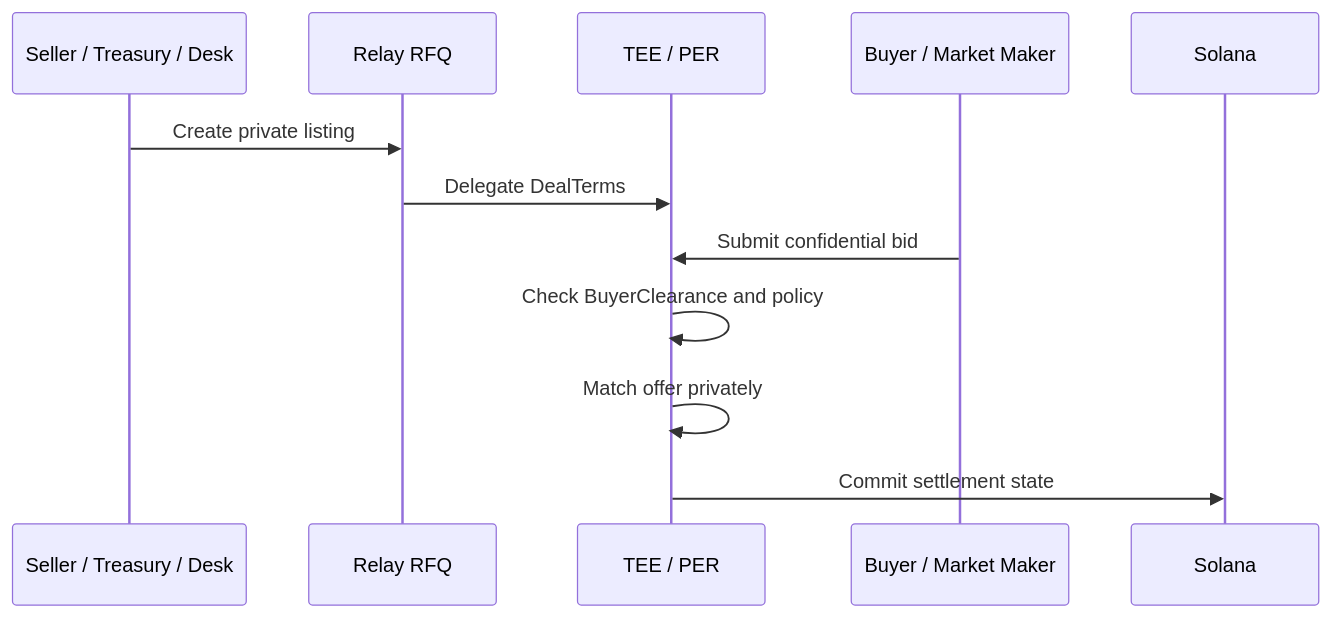
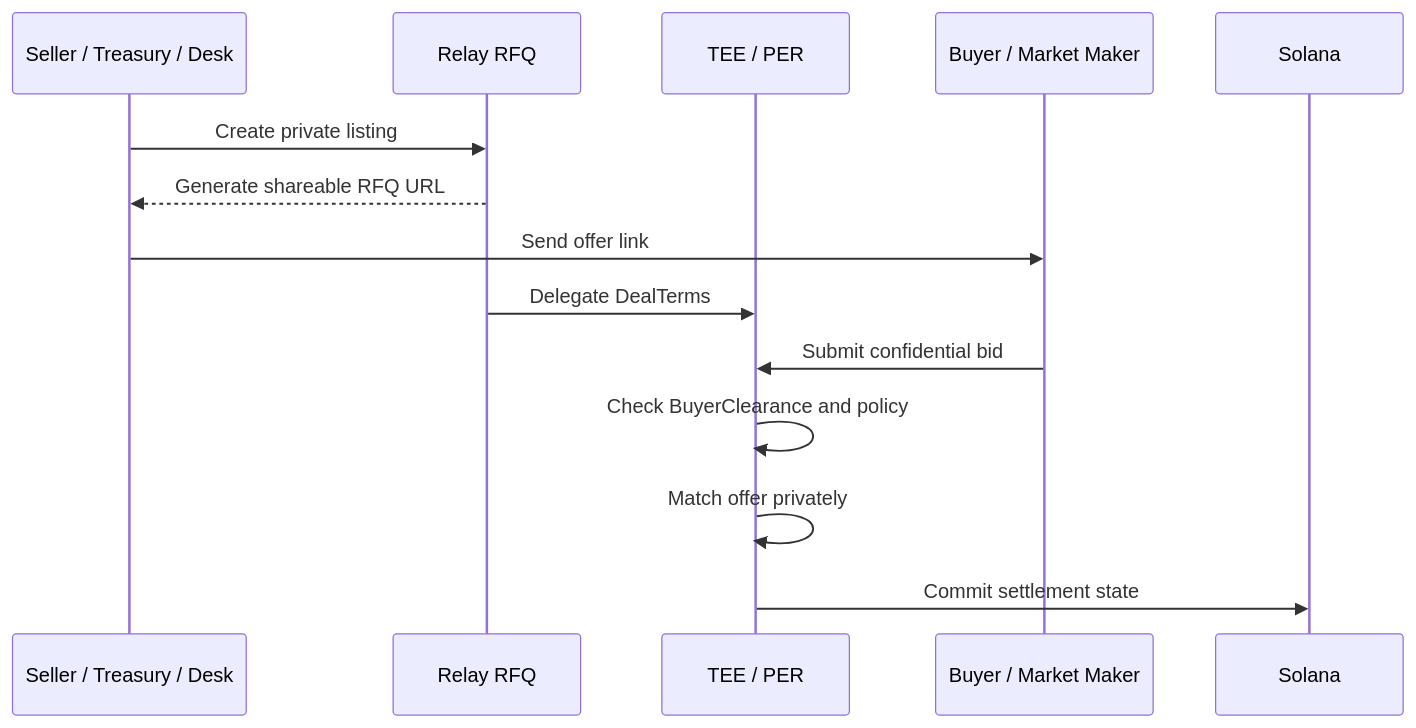
Before and after one commit to greendefibanana/Relay: the diagram in gitbook/getting-started/relay-in-90-seconds.md, drawn with Mermaid. The commit also changed other lines of this file and 7 other files, not shown here.

Commit message:
Document shareable RFQ links

````diff
--- a/gitbook/getting-started/relay-in-90-seconds.md
+++ b/gitbook/getting-started/relay-in-90-seconds.md
@@ -23,15 +23,17 @@
 ```mermaid
 sequenceDiagram
     participant Seller as Seller / Treasury / Desk
     participant Relay as Relay RFQ
     participant TEE as TEE / PER
     participant Buyer as Buyer / Market Maker
     participant Solana as Solana
 
     Seller->>Relay: Create private listing
+    Relay-->>Seller: Generate shareable RFQ URL
+    Seller->>Buyer: Send offer link
     Relay->>TEE: Delegate DealTerms
     Buyer->>TEE: Submit confidential bid
     TEE->>TEE: Check BuyerClearance and policy
     TEE->>TEE: Match offer privately
     TEE->>Solana: Commit settlement state
 ```
````
